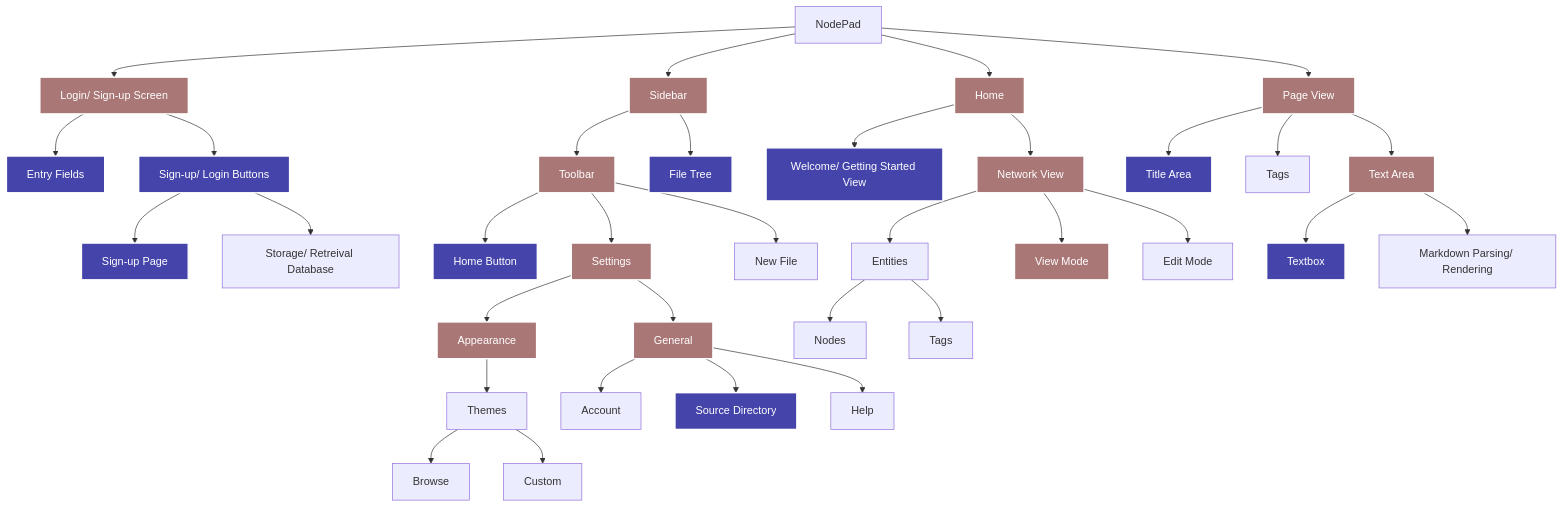
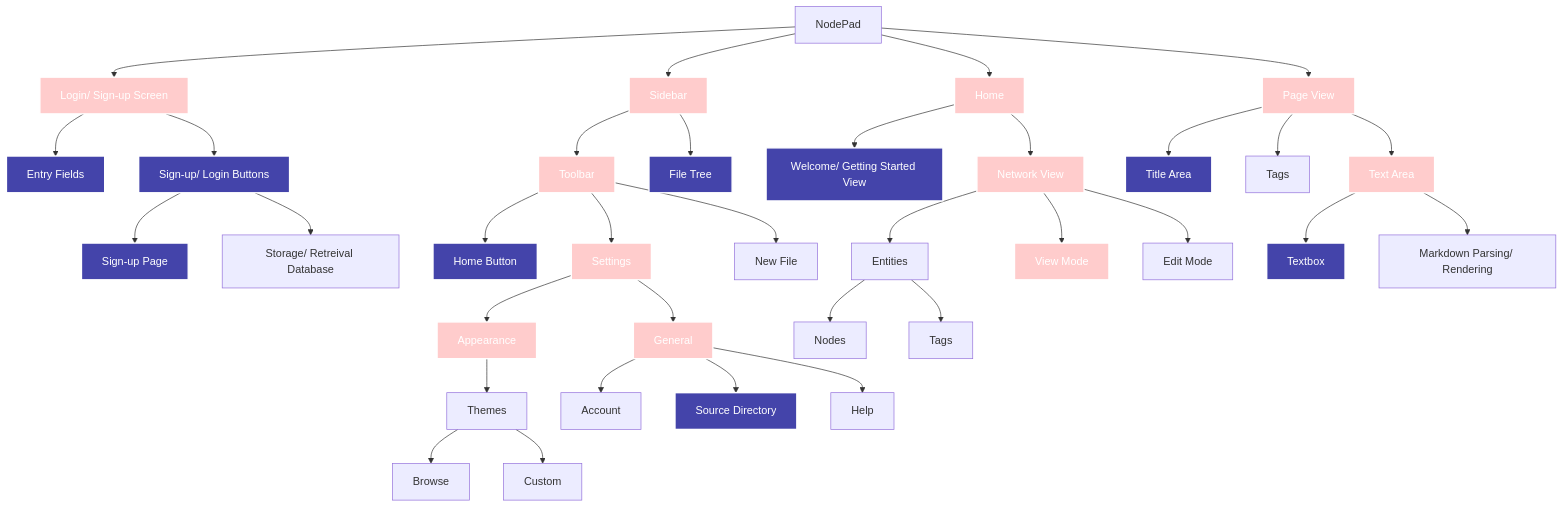
The diagram in Write-up/2 - Iterative Development/2.1-Iteration1/2.1.2-functionality_of_prototype.md (samcalthrop/NodePad), drawn with Mermaid before and after one commit.

Commit message:
testing mermaid diagram for write up

````diff
--- a/Write-up/2 - Iterative Development/2.1-Iteration1/2.1.2-functionality_of_prototype.md
+++ b/Write-up/2 - Iterative Development/2.1-Iteration1/2.1.2-functionality_of_prototype.md
@@ -6,44 +6,44 @@
 ```mermaid
 
 flowchart TD
 
 	A --> U[Login/ Sign-up Screen]:::highlight-half
 	U --> V[Entry Fields]:::highlight
 	U --> W[Sign-up/ Login Buttons]:::highlight
 	W --> Z[Sign-up Page]:::highlight
 	W --> ZA[Storage/ Retreival Database]
 
   A[NodePad] --> B[Sidebar]:::highlight-half
   B --> C[Toolbar]:::highlight-half
   B --> D[File Tree]:::highlight
   C --> E[Home Button]:::highlight
   C --> F[Settings]:::highlight-half
   F --> G[Appearance]:::highlight-half
   G --> H[Themes]
   H --> Browse
   H --> Custom
   F --> X[General]:::highlight-half
   X --> Account
   X --> Y[Source Directory]:::highlight
   X --> Help
   C --> J[New File]
 
   A --> K[Home]:::highlight-half
   K --> L[Welcome/ Getting Started View]:::highlight
   K --> M[Network View]:::highlight-half
   M --> N[Entities]
   N --> Nodes
   N --> Tags
   M --> O[View Mode]:::highlight-half
   M --> P[Edit Mode]
 
   A --> Q[Page View]:::highlight-half
   Q --> R[Title Area]:::highlight
   Q --> S[Tags]
   Q --> T[Text Area]:::highlight-half
   T --> ZB[Textbox]:::highlight
   T --> ZC[Markdown Parsing/ Rendering]
 
   classDef highlight fill:#44a,stroke:#fff,stroke-width:2px,color:#fff
-  classDef highlight-half fill:#a77,stroke:#fff,stroke-width:2px,color:#fff
+  classDef highlight-half fill:#fcc,stroke:#fff,stroke-width:2px,color:#fff
 ```
````
